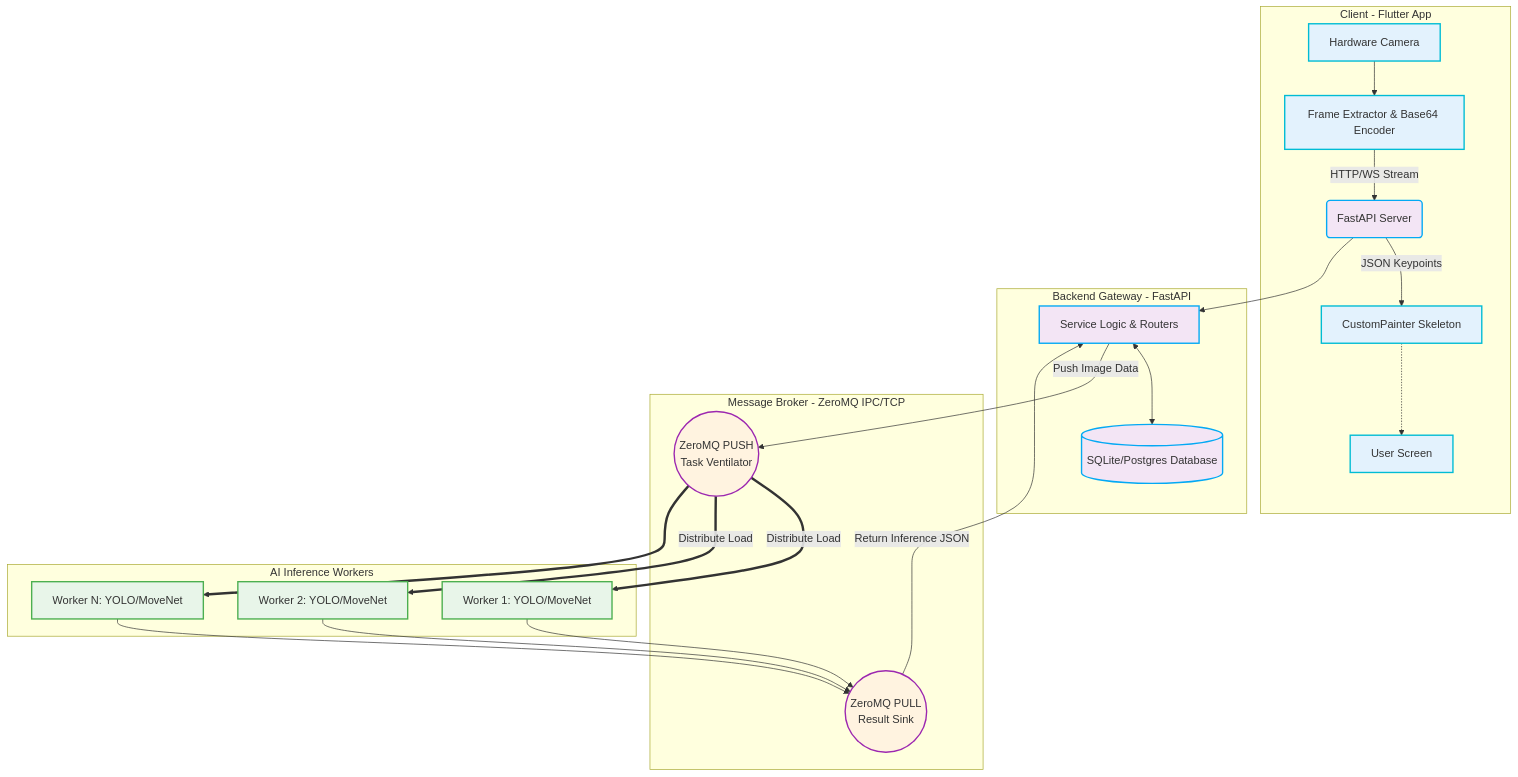
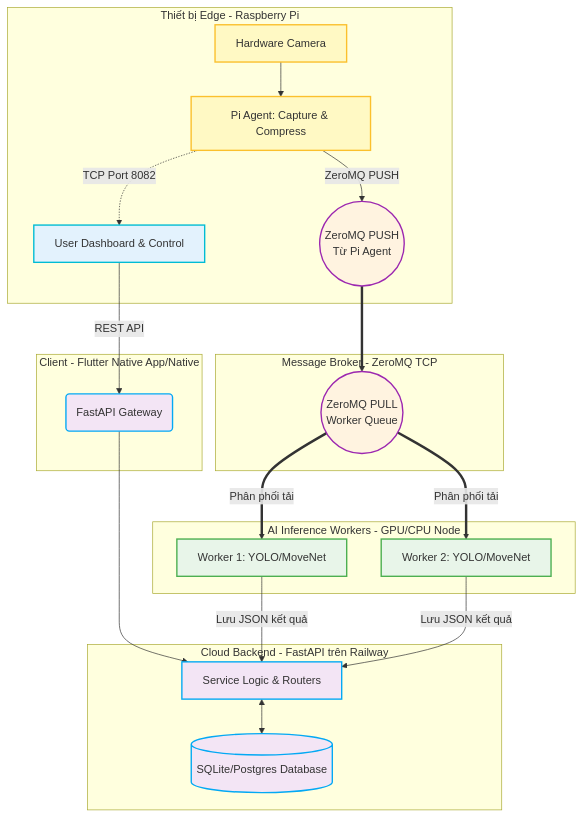
The first of 3 diagrams in PBL5_Report.md (daikaduc05/PBL5), drawn with Mermaid before and after one commit. The commit also changed other lines of this file and 14 other files, not shown here.

Commit message:
feat: implement backend API service, web-compatible socket stub, and configuration management for pose tracking app

````diff
--- a/PBL5_Report.md
+++ b/PBL5_Report.md
@@ -132,46 +95,48 @@
 ```mermaid
 graph TD
     classDef client fill:#e3f2fd,stroke:#00bcd4,stroke-width:2px;
+    classDef iot fill:#fff9c4,stroke:#fbc02d,stroke-width:2px;
     classDef server fill:#f3e5f5,stroke:#03a9f4,stroke-width:2px;
     classDef ai fill:#e8f5e9,stroke:#4caf50,stroke-width:2px;
     classDef mq fill:#fff3e0,stroke:#9c27b0,stroke-width:2px;
 
-    subgraph Mobile_Application [Client - Flutter App]
-        Cam[Hardware Camera] --> Frame[Frame Extractor & Base64 Encoder]
-        Render[CustomPainter Skeleton] -.-> UI[User Screen]
-        Frame -- HTTP/WS Stream --> API_Gate
-        API_Gate -- JSON Keypoints --> Render
+    subgraph Edge_IoT [Thiết bị Edge - Raspberry Pi]
+        Cam[Hardware Camera] --> Frame[Pi Agent: Capture & Compress]
+        Frame -- ZeroMQ PUSH --> PUSH_Socket
+        Frame -. TCP Port 8082 .-> UI
     end
 
-    subgraph B [Backend Gateway - FastAPI]
-        API_Gate(FastAPI Server) --> Logic[Service Logic & Routers]
+    subgraph Mobile_Application [Client - Flutter Native App/Native]
+        UI[User Dashboard & Control]
+        UI -- REST API --> API_Gate
+    end
+
+    subgraph B [Cloud Backend - FastAPI trên Railway]
+        API_Gate(FastAPI Gateway) --> Logic[Service Logic & Routers]
         Logic <--> DB[(SQLite/Postgres Database)]
     end
 
-    subgraph C [Message Broker - ZeroMQ IPC/TCP]
-        PUSH_Socket((ZeroMQ PUSH\nTask Ventilator)) 
-        PULL_Socket((ZeroMQ PULL\nResult Sink))
+    subgraph C [Message Broker - ZeroMQ TCP]
+        PUSH_Socket((ZeroMQ PUSH\nTừ Pi Agent)) 
+        PULL_Socket((ZeroMQ PULL\nWorker Queue))
     end
     
-    Logic -- Push Image Data --> PUSH_Socket
-    PULL_Socket -- Return Inference JSON --> Logic
+    PUSH_Socket ==> PULL_Socket
 
-    subgraph Workers [AI Inference Workers]
+    subgraph Workers [AI Inference Workers - GPU/CPU Node]
         Worker1[Worker 1: YOLO/MoveNet]
         Worker2[Worker 2: YOLO/MoveNet]
-        WorkerN[Worker N: YOLO/MoveNet]
     end
 
-    PUSH_Socket ==>|Distribute Load| Worker1
-    PUSH_Socket ==>|Distribute Load| Worker2
-    PUSH_Socket ==> WorkerN
+    PULL_Socket ==>|Phân phối tải| Worker1
+    PULL_Socket ==>|Phân phối tải| Worker2
     
-    Worker1 --> PULL_Socket
-    Worker2 --> PULL_Socket
-    WorkerN --> PULL_Socket
+    Worker1 -- Lưu JSON kết quả --> Logic
+    Worker2 -- Lưu JSON kết quả --> Logic
 
-    class Cam,Frame,Render,UI client;
+    class UI client;
+    class Cam,Frame iot;
     class API_Gate,Logic,DB server;
-    class Worker1,Worker2,WorkerN ai;
+    class Worker1,Worker2 ai;
     class PUSH_Socket,PULL_Socket mq;
 ```
````
